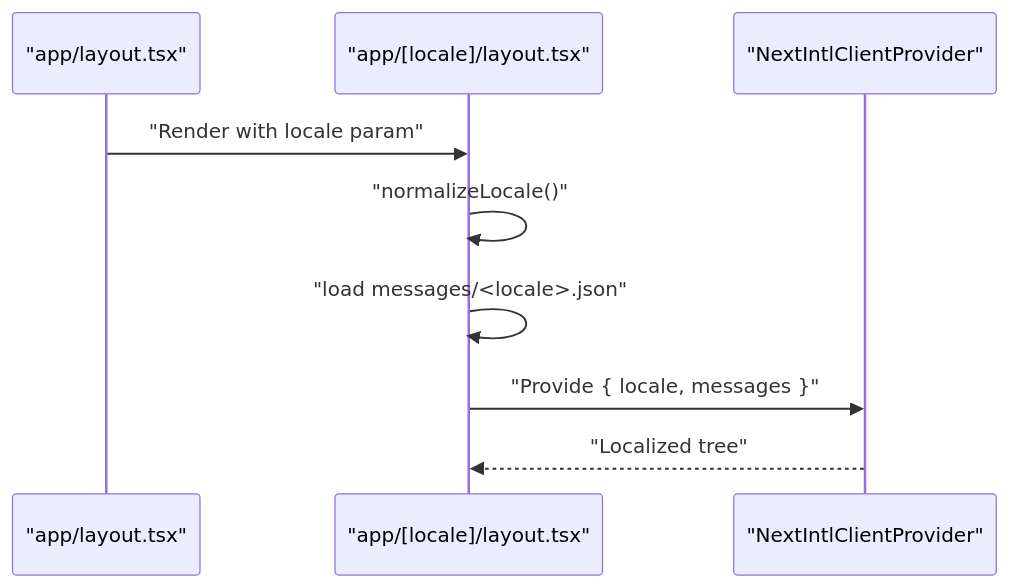
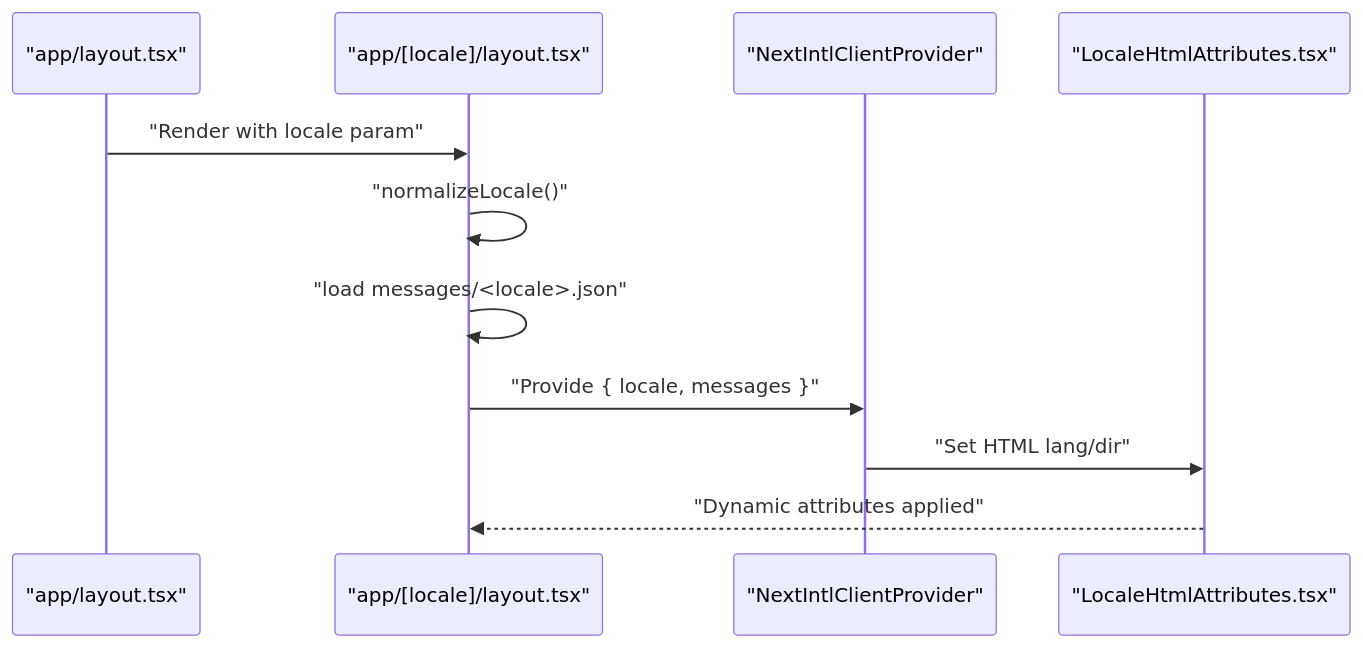
The fourth of 12 diagrams in .qoder/repowiki/en/content/Internationalization.md (mustafaalkusaj/appschoolmustafa2002), drawn with Mermaid before and after one commit. The commit also changed other lines of this file and 8 other files, not shown here.

````diff
--- a/.qoder/repowiki/en/content/Internationalization.md
+++ b/.qoder/repowiki/en/content/Internationalization.md
@@ -172,11 +183,13 @@
 ```mermaid
 sequenceDiagram
 participant Root as "app/layout.tsx"
 participant Locale as "app/[locale]/layout.tsx"
 participant Intl as "NextIntlClientProvider"
+participant HtmlAttrs as "LocaleHtmlAttributes.tsx"
 Root->>Locale : "Render with locale param"
 Locale->>Locale : "normalizeLocale()"
 Locale->>Locale : "load messages/<locale>.json"
 Locale->>Intl : "Provide { locale, messages }"
-Intl-->>Locale : "Localized tree"
+Intl->>HtmlAttrs : "Set HTML lang/dir"
+HtmlAttrs-->>Locale : "Dynamic attributes applied"
 ```
````
